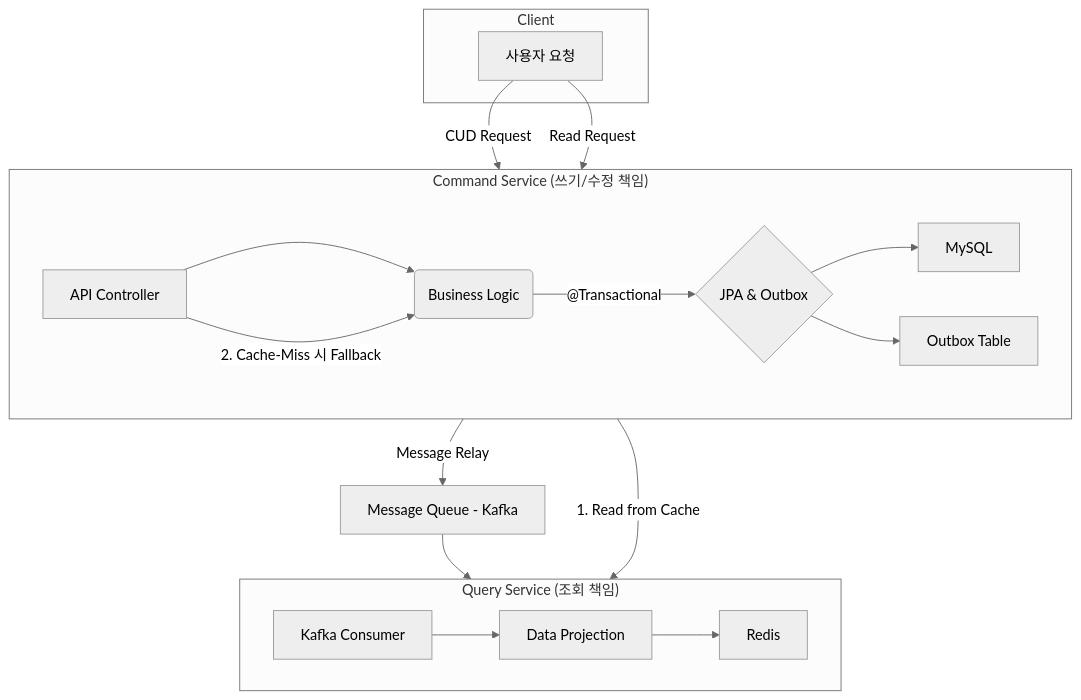
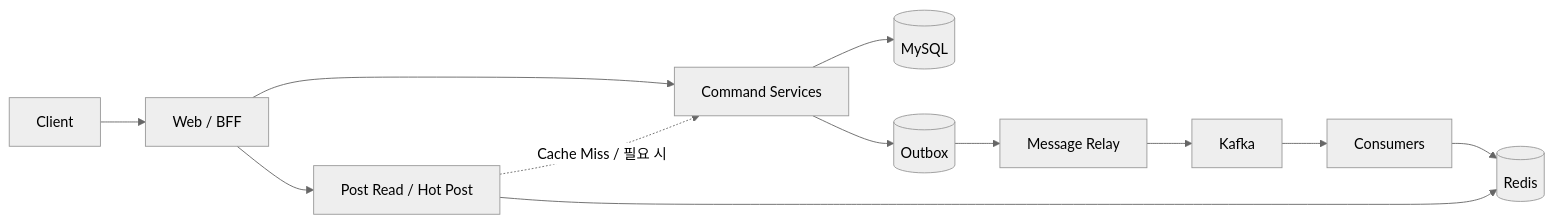
The second of 2 diagrams in README.md (hyunho12/PookyBlog), drawn with Mermaid (neutral theme) before and after one commit. The commit also changed other lines of this file, not shown here.

````diff
--- a/README.md
+++ b/README.md
@@ -156,39 +144,14 @@
 ```mermaid
-graph TD
-    subgraph Client
-        UserRequest[사용자 요청]
-    end
-
-    subgraph "Command Service (쓰기/수정 책임)"
-        direction LR
-        A[API Controller]
-        B(Business Logic)
-        C{JPA & Outbox}
-        D[MySQL]
-        E[Outbox Table]
-    end
-
-    subgraph "Query Service (조회 책임)"
-        direction LR
-        G[Kafka Consumer]
-        H[Data Projection]
-        I[Redis]
-    end
-
-    F[Message Queue - Kafka]
-
-    UserRequest -- "CUD Request" --> A
-    A --> B
-    B -- "@Transactional" --> C
-    C --> D
-    C --> E
-
-    E -- "Message Relay" --> F
-    F --> G
-    G --> H
-    H --> I
-
-    UserRequest -- "Read Request" --> A
-    A -- "1. Read from Cache" --> I
-    A -- "2. Cache-Miss 시 Fallback" --> B
+graph LR
+    Client[Client] --> BFF[Web / BFF]
+    BFF --> Command[Command Services]
+    BFF --> Query[Post Read / Hot Post]
+    Command --> DB[(MySQL)]
+    Command --> Outbox[(Outbox)]
+    Outbox --> Relay[Message Relay]
+    Relay --> Kafka[Kafka]
+    Kafka --> Consumer[Consumers]
+    Consumer --> Redis[(Redis)]
+    Query --> Redis
+    Query -. Cache Miss / 필요 시 .-> Command
 ```
````
